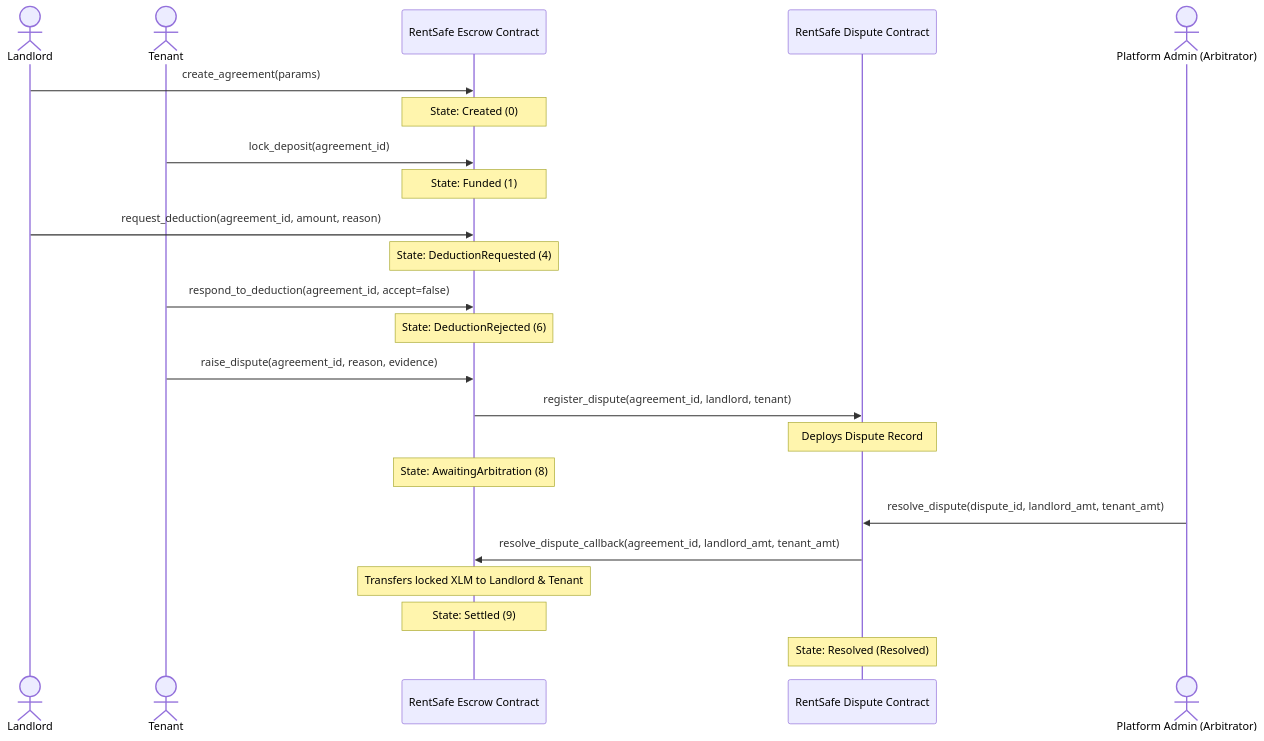
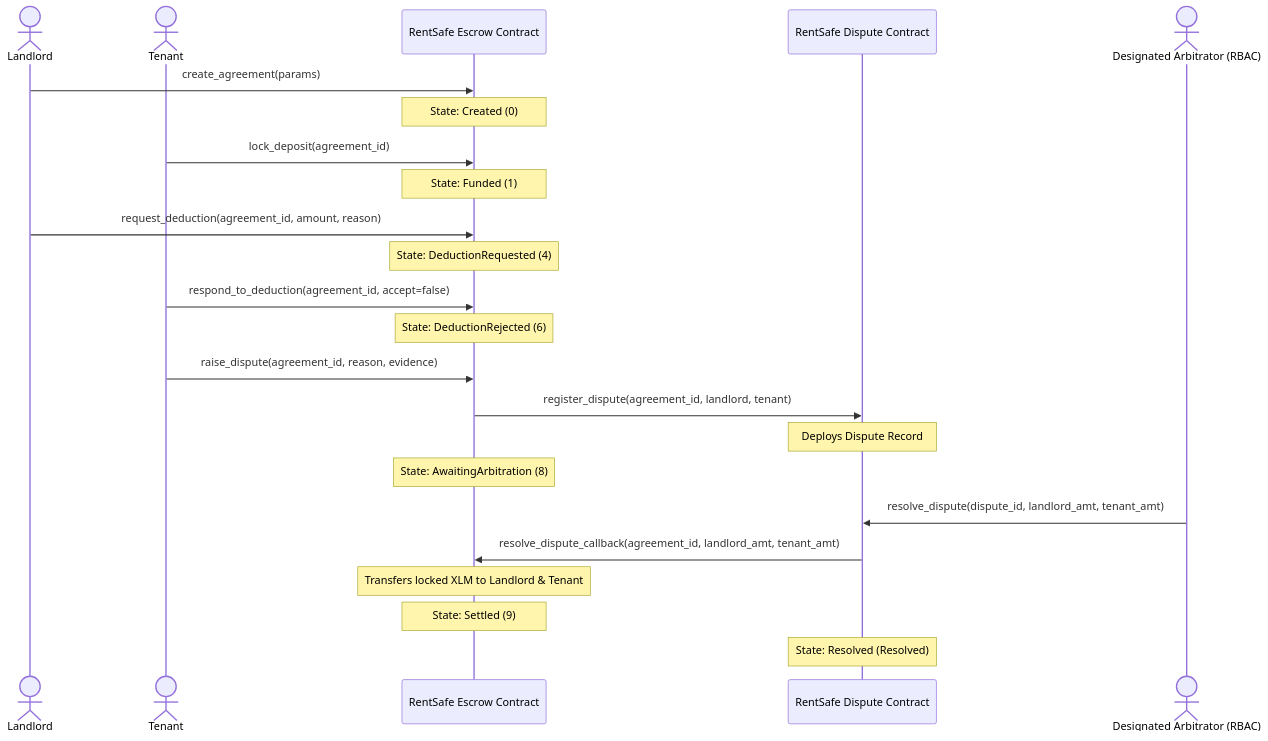
The second of 2 diagrams in README.md (aniCtrl/RentSafe), drawn with Mermaid before and after one commit. The commit also changed other lines of this file and 29 other files, not shown here.

````diff
--- a/README.md
+++ b/README.md
@@ -26,26 +89,26 @@
 ```mermaid
 sequenceDiagram
     actor Landlord
     actor Tenant
     participant Escrow as RentSafe Escrow Contract
     participant Dispute as RentSafe Dispute Contract
-    actor Admin as Platform Admin (Arbitrator)
+    actor Arbitrator as Designated Arbitrator (RBAC)
 
     Landlord->>Escrow: create_agreement(params)
     Note over Escrow: State: Created (0)
     Tenant->>Escrow: lock_deposit(agreement_id)
     Note over Escrow: State: Funded (1)
     Landlord->>Escrow: request_deduction(agreement_id, amount, reason)
     Note over Escrow: State: DeductionRequested (4)
     Tenant->>Escrow: respond_to_deduction(agreement_id, accept=false)
     Note over Escrow: State: DeductionRejected (6)
     Tenant->>Escrow: raise_dispute(agreement_id, reason, evidence)
     Escrow->>Dispute: register_dispute(agreement_id, landlord, tenant)
     Note over Dispute: Deploys Dispute Record
     Note over Escrow: State: AwaitingArbitration (8)
-    Admin->>Dispute: resolve_dispute(dispute_id, landlord_amt, tenant_amt)
+    Arbitrator->>Dispute: resolve_dispute(dispute_id, landlord_amt, tenant_amt)
     Dispute->>Escrow: resolve_dispute_callback(agreement_id, landlord_amt, tenant_amt)
     Note over Escrow: Transfers locked XLM to Landlord & Tenant
     Note over Escrow: State: Settled (9)
     Note over Dispute: State: Resolved (Resolved)
 ```
````
